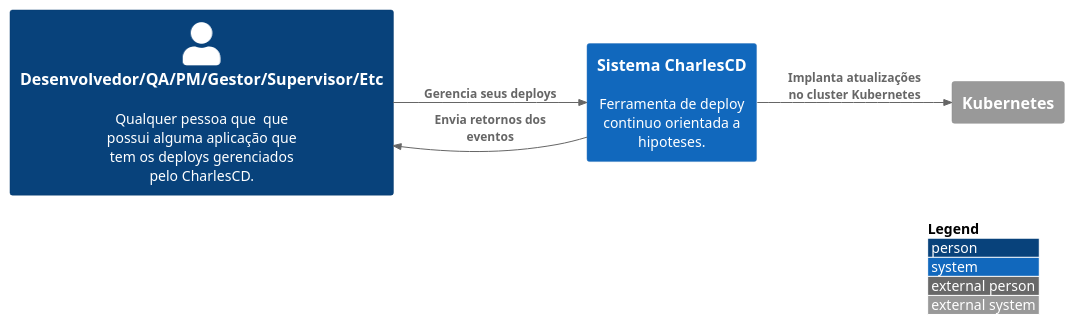
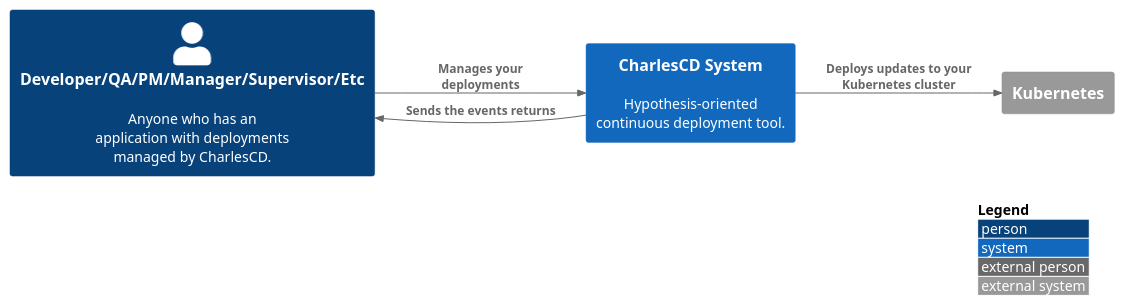
One commit to ZupIT/charlescd-c4model changed the diagram in en/src/C1 -  Context/c1.puml. Above: the diagram before and after it, drawn with PlantUML. The commit also changed 19 other files, not shown here.

```diff
--- a/en/src/C1 -  Context/c1.puml
+++ b/en/src/C1 -  Context/c1.puml
@@ -1,17 +1,17 @@
 @startuml c1
 !include https://raw.githubusercontent.com/adrianvlupu/C4-PlantUML/latest/C4_Context.puml
 
 LAYOUT_WITH_LEGEND()
 LAYOUT_LEFT_RIGHT()
 
-Person(user, "Desenvolvedor/QA/PM/Gestor/Supervisor/Etc", "Qualquer pessoa que  que possui alguma aplicação que tem os deploys gerenciados pelo CharlesCD.")
+Person(user, "Developer/QA/PM/Manager/Supervisor/Etc", "Anyone who has an application with deployments managed by CharlesCD.")
 
-System(charlescd_system, "Sistema CharlesCD", "Ferramenta de deploy continuo orientada a hipoteses.")
+System(charlescd_system, "CharlesCD System", "Hypothesis-oriented continuous deployment tool.")
 System_Ext(kubernetes, "Kubernetes")
 
-Rel(user, charlescd_system, "Gerencia seus deploys")
-Rel(charlescd_system, kubernetes, "Implanta atualizações no cluster Kubernetes")
-Rel(charlescd_system, user, "Envia retornos dos eventos")
+Rel(user, charlescd_system, "Manages your deployments")
+Rel(charlescd_system, kubernetes, "Deploys updates to your Kubernetes cluster")
+Rel(charlescd_system, user, "Sends the events returns")
 
 
 @enduml
```
